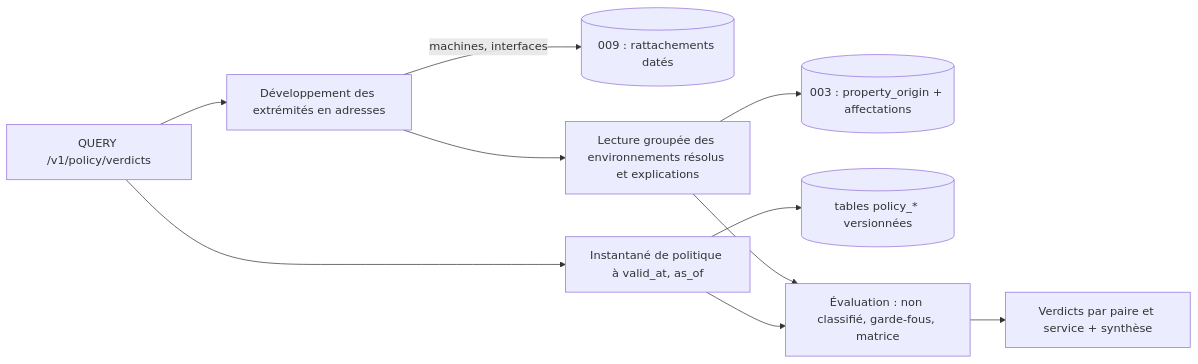
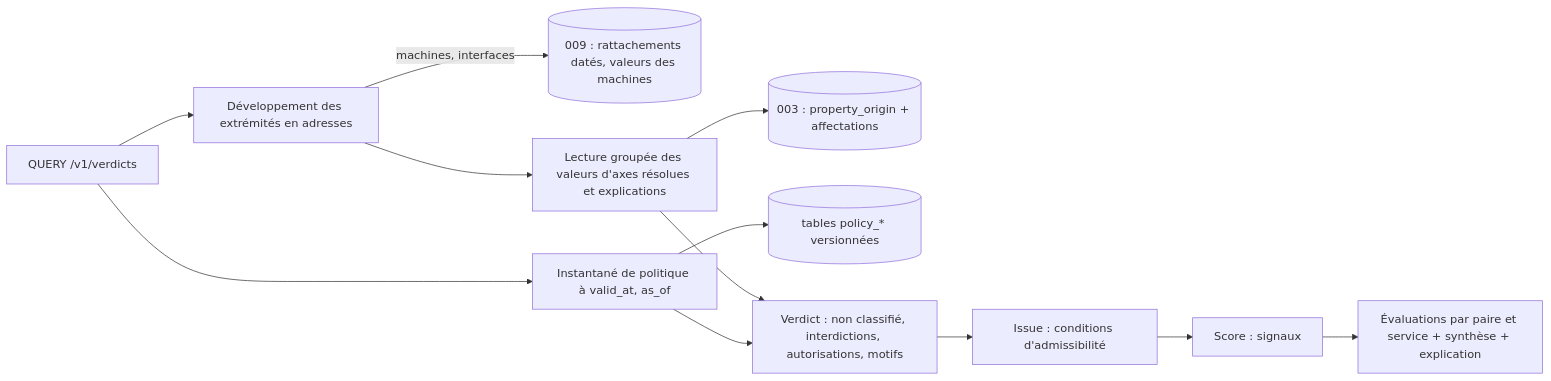
One commit to Cavernum/kartenn changed the diagram in specs/010-politique-flux/design.md. Above: the diagram before and after it, drawn with Mermaid. The commit also changed other lines of this file and 5 other files, not shown here.

First line of the commit message:
docs(specs): revise the flow policy spec from the security need (spec 010)

````diff
--- a/specs/010-politique-flux/design.md
+++ b/specs/010-politique-flux/design.md
@@ -26,12 +30,14 @@
 ```mermaid
 flowchart LR
-  Q[QUERY /v1/policy/verdicts] --> X[Développement des extrémités en adresses]
-  X -->|machines, interfaces| M[(009 : rattachements datés)]
-  X --> R[Lecture groupée des environnements résolus et explications]
+  Q[QUERY /v1/verdicts] --> X[Développement des extrémités en adresses]
+  X -->|machines, interfaces| M[(009 : rattachements datés, valeurs des machines)]
+  X --> R[Lecture groupée des valeurs d'axes résolues et explications]
   R --> P[(003 : property_origin + affectations)]
   Q --> S[Instantané de politique à valid_at, as_of]
   S --> C[(tables policy_* versionnées)]
-  R --> E[Évaluation : non classifié, garde-fous, matrice]
-  S --> E
-  E --> V[Verdicts par paire et service + synthèse]
+  R --> E1[Verdict : non classifié, interdictions, autorisations, motifs]
+  S --> E1
+  E1 --> E2[Issue : conditions d'admissibilité]
+  E2 --> E3[Score : signaux]
+  E3 --> V[Évaluations par paire et service + synthèse + explication]
 ```
````
